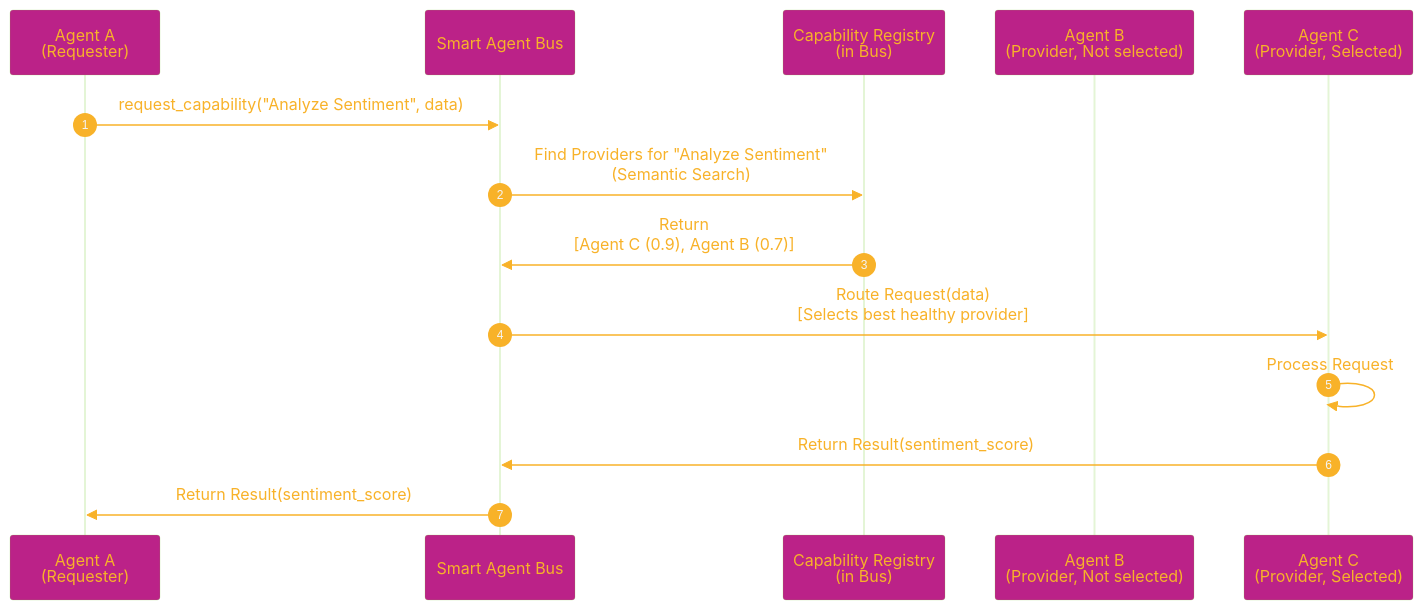
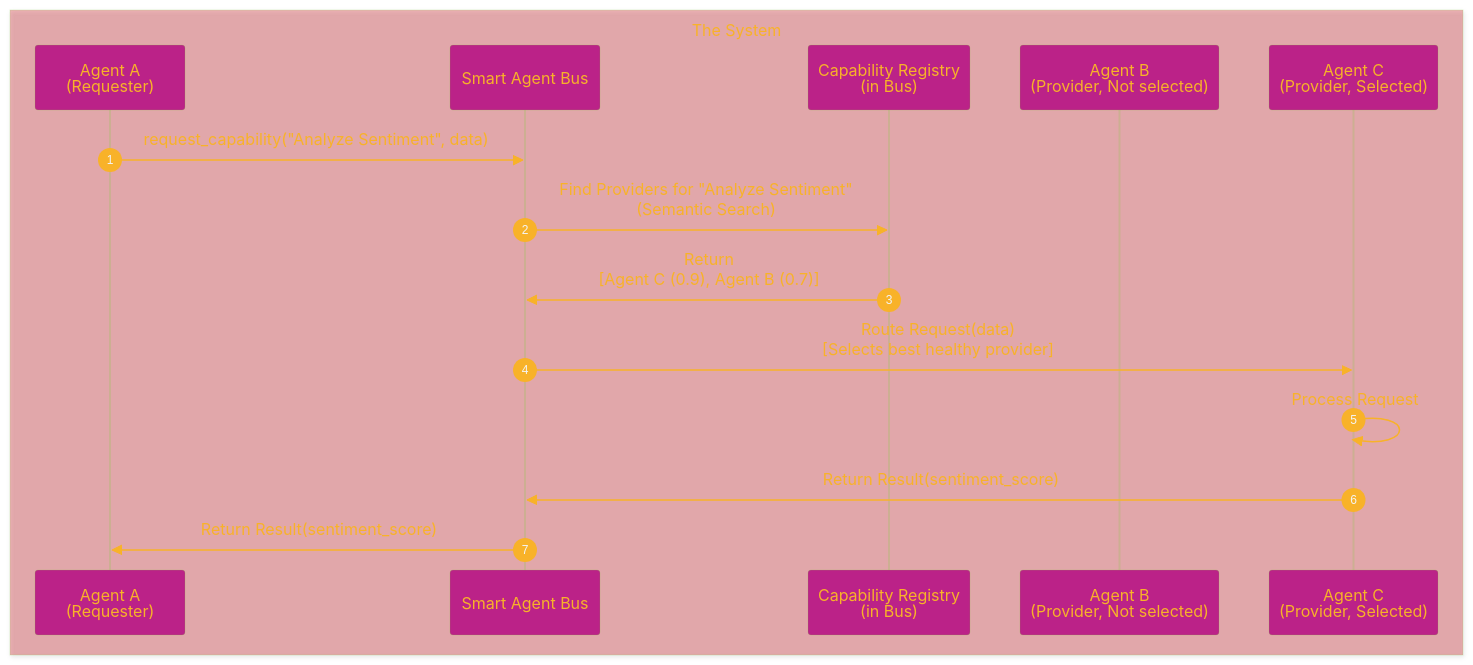
Before and after one commit to CongLeSolutionX/matiasmolinas_evolving-agents: the fifth of 8 diagrams in docs/ARCHITECTURE.md, drawn with Mermaid. The commit also changed other lines of this file, not shown here.

Commit message:
update notes

````diff
--- a/docs/ARCHITECTURE.md
+++ b/docs/ARCHITECTURE.md
@@ -316,40 +316,42 @@
 ```mermaid
 ---
 author: "Cong Le"
 version: "1.0"
 license(s): "MIT, CC BY 4.0"
 config:
   theme: base
 ---
 %%%%%%%% Mermaid version v11.4.1-b.14
 %%%%%%%% Available curve styles include the following keywords:
 %% basis, bumpX, bumpY, cardinal, catmullRom, linear, monotoneX, monotoneY, natural, step, stepAfter, stepBefore.
 %%{
   init: {
     'sequenceDiagram': { 'htmlLabels': false},
     'fontFamily': 'verdana',
     'themeVariables': {
       'primaryColor': '#B28',
       'primaryTextColor': '#F8B229',
       'primaryBorderColor': '#7C33',
       'secondaryColor': '#0615'
     }
   }
 }%%
 sequenceDiagram
     autonumber
 
-    participant AA as Agent A<br/>(Requester)
-    participant SB as Smart Agent Bus
-    participant CR as Capability Registry<br/>(in Bus)
-    participant AB as Agent B<br/>(Provider, Not selected)
-    participant AC as Agent C<br/>(Provider, Selected)
+    box rgb(202, 12, 22, 0.3) The System
+        participant AA as Agent A<br/>(Requester)
+        participant SB as Smart Agent Bus
+        participant CR as Capability Registry<br/>(in Bus)
+        participant AB as Agent B<br/>(Provider, Not selected)
+        participant AC as Agent C<br/>(Provider, Selected)
+    end
 
     AA->>SB: request_capability("Analyze Sentiment", data)
     SB->>CR: Find Providers for "Analyze Sentiment" <br/>(Semantic Search)
     CR->>SB: Return <br/>[Agent C (0.9), Agent B (0.7)]
     SB->>AC: Route Request(data) <br/>[Selects best healthy provider]
     AC->>AC: Process Request
     AC->>SB: Return Result(sentiment_score)
     SB->>AA: Return Result(sentiment_score)
 ```
````
